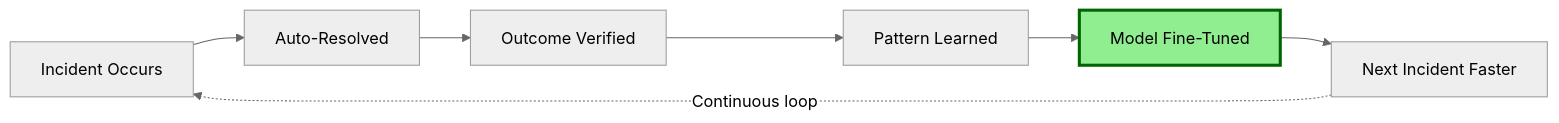
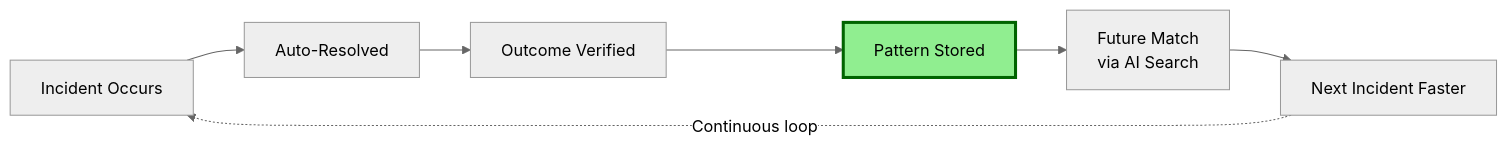
One commit to mayankgupta7673/Continuum-Ops changed the fifth of 6 diagrams in docs/00-Product-Overview.md. Above: the diagram before and after it, drawn with Mermaid (neutral theme). The commit also changed other lines of this file and 2 other files, not shown here.

````diff
--- a/docs/00-Product-Overview.md
+++ b/docs/00-Product-Overview.md
@@ -213,18 +214,18 @@
 ```mermaid
 flowchart LR
     INCIDENT[Incident Occurs]
     RESOLVE[Auto-Resolved]
     VERIFY[Outcome Verified]
-    LEARN[Pattern Learned]
-    IMPROVE[Model Fine-Tuned]
+    LEARN[Pattern Stored]
+    MATCH[Future Match<br/>via AI Search]
     FASTER[Next Incident Faster]
     
     INCIDENT --> RESOLVE
     RESOLVE --> VERIFY
     VERIFY --> LEARN
-    LEARN --> IMPROVE
-    IMPROVE --> FASTER
+    LEARN --> MATCH
+    MATCH --> FASTER
     FASTER -.->|Continuous loop| INCIDENT
     
-    style IMPROVE fill:#90EE90,stroke:#006400,stroke-width:3px
+    style LEARN fill:#90EE90,stroke:#006400,stroke-width:3px
 ```
````
